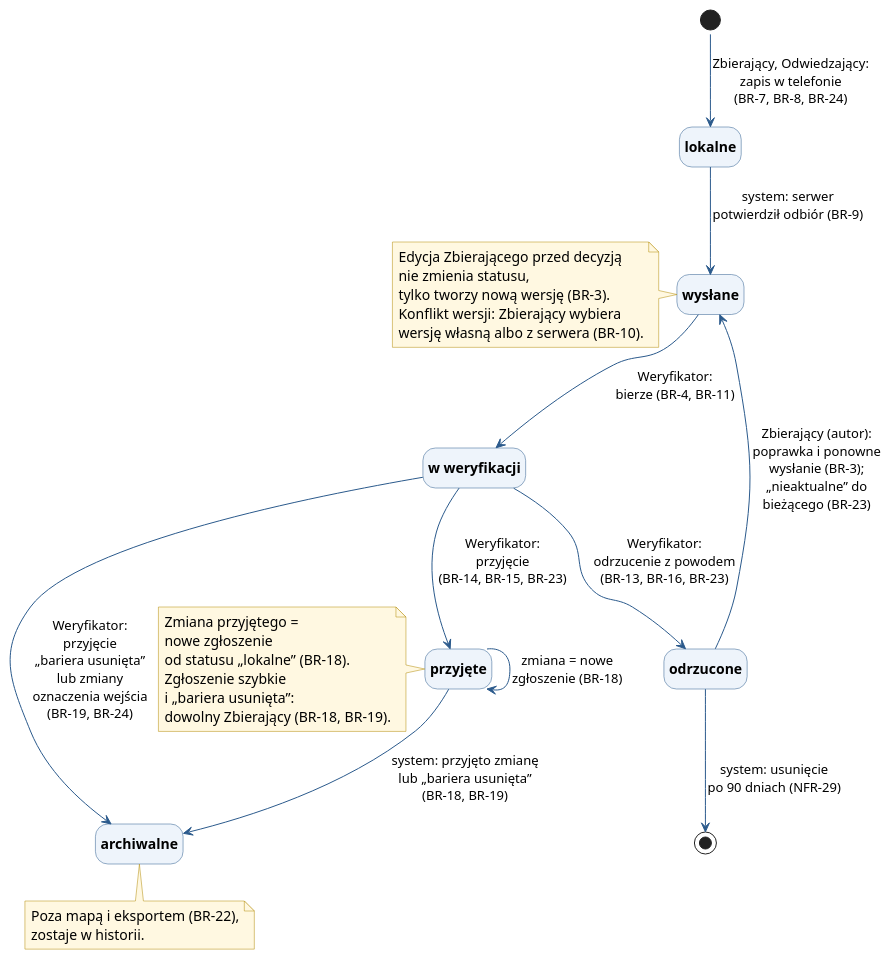
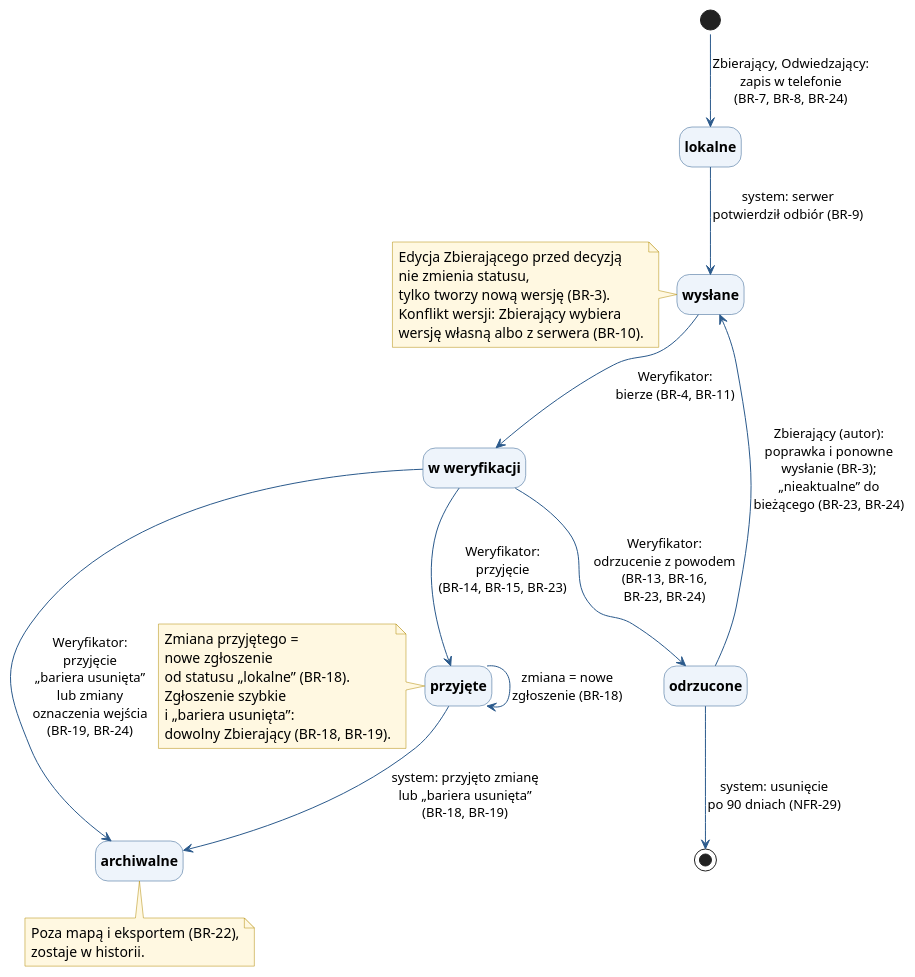
One commit to dostepny-kampus/dostepny-kampus changed the diagram in docs/docs/biznes/cykl-zgloszenia.puml. Above: the diagram before and after it, drawn with PlantUML. The commit also changed 2 other files, not shown here.

```diff
--- a/docs/docs/biznes/cykl-zgloszenia.puml
+++ b/docs/docs/biznes/cykl-zgloszenia.puml
@@ -1,56 +1,56 @@
 @startuml
 !pragma layout smetana
 hide empty description
 skinparam defaultFontSize 14
 skinparam ArrowColor #2B5A8C
 skinparam ArrowFontSize 13
 skinparam state {
   BackgroundColor #EEF4FB
   BorderColor #2B5A8C
   FontStyle bold
 }
 skinparam note {
   BackgroundColor #FFF8E1
   BorderColor #B08900
 }
 
 state "lokalne" as L
 state "wysłane" as W
 state "w weryfikacji" as V
 state "przyjęte" as P
 state "odrzucone" as O
 state "archiwalne" as A
 
 [*] --> L : Zbierający, Odwiedzający:\nzapis w telefonie\n(BR-7, BR-8, BR-24)
 L --> W : system: serwer\npotwierdził odbiór (BR-9)
 W --> V : Weryfikator:\nbierze (BR-4, BR-11)
 V --> P : Weryfikator:\nprzyjęcie\n(BR-14, BR-15, BR-23)
-V --> O : Weryfikator:\nodrzucenie z powodem\n(BR-13, BR-16, BR-23)
-O --> W : Zbierający (autor):\npoprawka i ponowne\nwysłanie (BR-3);\n„nieaktualne” do\nbieżącego (BR-23)
+V --> O : Weryfikator:\nodrzucenie z powodem\n(BR-13, BR-16,\nBR-23, BR-24)
+O --> W : Zbierający (autor):\npoprawka i ponowne\nwysłanie (BR-3);\n„nieaktualne” do\nbieżącego (BR-23, BR-24)
 O --> [*] : system: usunięcie\npo 90 dniach (NFR-29)
 P --> A : system: przyjęto zmianę\nlub „bariera usunięta”\n(BR-18, BR-19)
 P --> P : zmiana = nowe\nzgłoszenie (BR-18)
 V --> A : Weryfikator:\nprzyjęcie\n„bariera usunięta”\nlub zmiany\noznaczenia wejścia\n(BR-19, BR-24)
 
 note left of P
   Zmiana przyjętego =
   nowe zgłoszenie
   od statusu „lokalne” (BR-18).
   Zgłoszenie szybkie
   i „bariera usunięta”:
   dowolny Zbierający (BR-18, BR-19).
 end note
 
 note bottom of A
   Poza mapą i eksportem (BR-22),
   zostaje w historii.
 end note
 
 note left of W
   Edycja Zbierającego przed decyzją
   nie zmienia statusu,
   tylko tworzy nową wersję (BR-3).
   Konflikt wersji: Zbierający wybiera
   wersję własną albo z serwera (BR-10).
 end note
 @enduml
```
